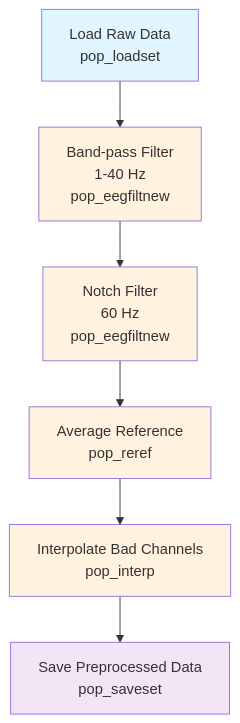
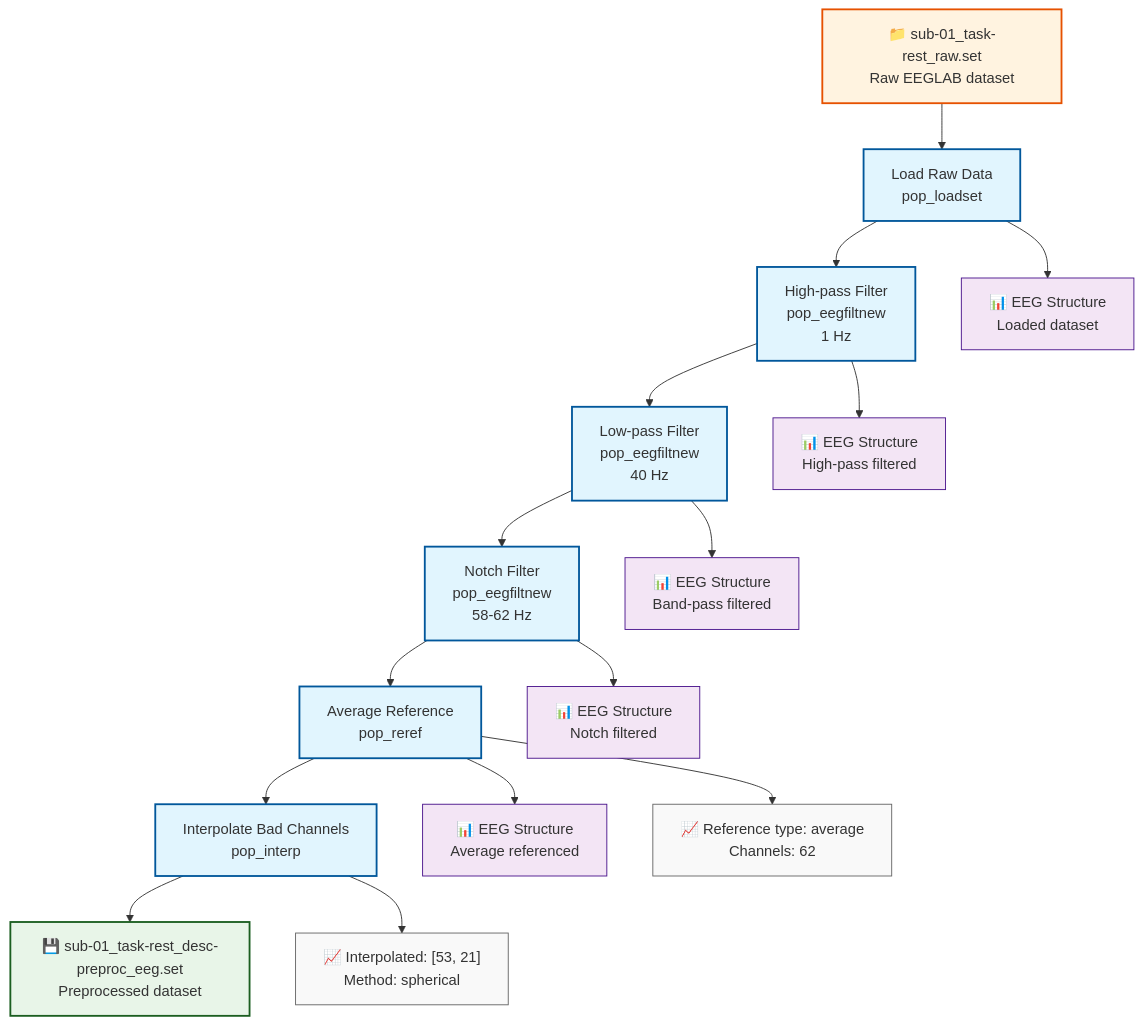
Before and after one commit to signalJourney/signalJourney: the diagram in docs/examples/basic_preprocessing_eeglab.md, drawn with Mermaid. The commit also changed other lines of this file and 5 other files, not shown here.

First line of the commit message:
Fix Mermaid diagram styling and enhance documentation consistency

````diff
--- a/docs/examples/basic_preprocessing_eeglab.md
+++ b/docs/examples/basic_preprocessing_eeglab.md
@@ -17,15 +18,38 @@
 ```mermaid
 flowchart TD
-    A[Load Raw Data<br/>pop_loadset] --> B[Band-pass Filter<br/>1-40 Hz<br/>pop_eegfiltnew]
-    B --> C[Notch Filter<br/>60 Hz<br/>pop_eegfiltnew]
-    C --> D[Average Reference<br/>pop_reref]
-    D --> E[Interpolate Bad Channels<br/>pop_interp]
-    E --> F[Save Preprocessed Data<br/>pop_saveset]
+    A[Load Raw Data<br/>pop_loadset] --> B[High-pass Filter<br/>pop_eegfiltnew<br/>1 Hz]
+    B --> C[Low-pass Filter<br/>pop_eegfiltnew<br/>40 Hz]
+    C --> D[Notch Filter<br/>pop_eegfiltnew<br/>58-62 Hz]
+    D --> E[Average Reference<br/>pop_reref]
+    E --> F[Interpolate Bad Channels<br/>pop_interp]
     
-    style A fill:#e1f5fe
-    style F fill:#f3e5f5
-    style B fill:#fff3e0
-    style C fill:#fff3e0
-    style D fill:#fff3e0
-    style E fill:#fff3e0
+    %% Input from sourcedata
+    G["📁 sub-01_task-rest_raw.set<br/>Raw EEGLAB dataset"] --> A
+    
+    %% Intermediate in-memory objects
+    A --> A1["📊 EEG Structure<br/>Loaded dataset"]
+    B --> B1["📊 EEG Structure<br/>High-pass filtered"]
+    C --> C1["📊 EEG Structure<br/>Band-pass filtered"]
+    D --> D1["📊 EEG Structure<br/>Notch filtered"]
+    E --> E1["📊 EEG Structure<br/>Average referenced"]
+    
+    %% Final output
+    F --> H["💾 sub-01_task-rest_desc-preproc_eeg.set<br/>Preprocessed dataset"]
+    
+    %% Quality metrics
+    E --> Q1["📈 Reference type: average<br/>Channels: 62"]
+    F --> Q2["📈 Interpolated: [53, 21]<br/>Method: spherical"]
+
+    %% Styling
+    classDef processStep fill:#e1f5fe,stroke:#01579b,stroke-width:2px
+    classDef inputFile fill:#fff3e0,stroke:#e65100,stroke-width:2px
+    classDef outputFile fill:#e8f5e8,stroke:#1b5e20,stroke-width:2px
+    classDef inlineData fill:#f3e5f5,stroke:#4a148c,stroke-width:1px
+    classDef qualityMetric fill:#f9f9f9,stroke:#666,stroke-width:1px
+
+    class A,B,C,D,E,F processStep
+    class G inputFile
+    class H outputFile
+    class A1,B1,C1,D1,E1 inlineData
+    class Q1,Q2 qualityMetric
 ```
````
